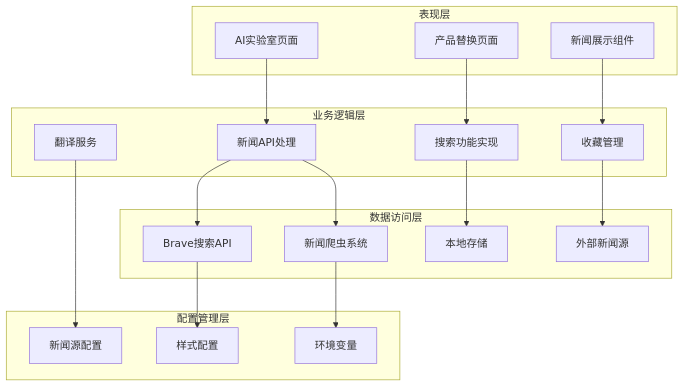
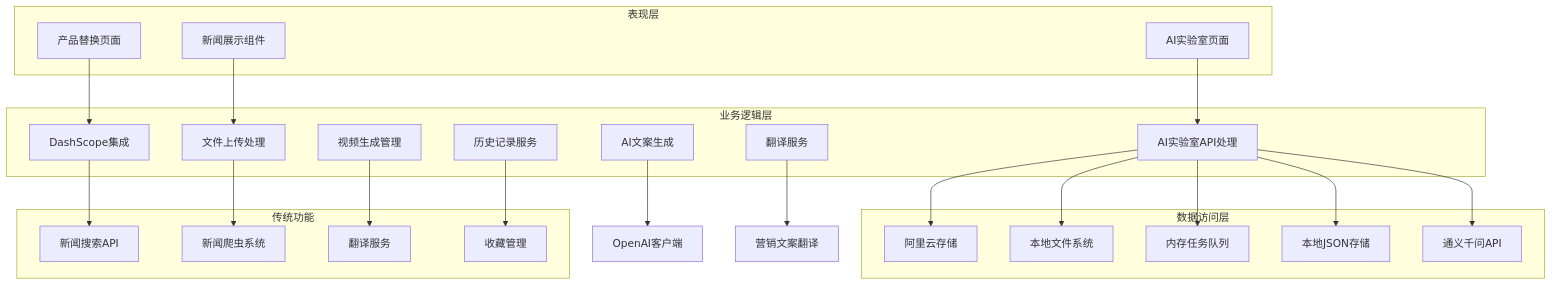
The fourth of 12 diagrams in .qoder/repowiki/zh/content/核心功能模块/AI实验室模块.md (zuozuoliu740-cmd/xianxiong-news), drawn with Mermaid before and after one commit. The commit also changed other lines of this file and 6 other files, not shown here.

````diff
--- a/.qoder/repowiki/zh/content/核心功能模块/AI实验室模块.md
+++ b/.qoder/repowiki/zh/content/核心功能模块/AI实验室模块.md
@@ -161,35 +204,44 @@
 ```mermaid
 graph TB
 subgraph "表现层"
 A[AI实验室页面]
 B[产品替换页面]
 C[新闻展示组件]
 end
 subgraph "业务逻辑层"
-D[新闻API处理]
-E[搜索功能实现]
-F[收藏管理]
-G[翻译服务]
+D[AI实验室API处理]
+E[DashScope集成]
+F[文件上传处理]
+G[视频生成管理]
+H[历史记录服务]
+I[AI文案生成]
+J[翻译服务]
 end
 subgraph "数据访问层"
-H[Brave搜索API]
-I[新闻爬虫系统]
-J[本地存储]
-K[外部新闻源]
+K[阿里云存储]
+L[本地文件系统]
+M[内存任务队列]
+N[本地JSON存储]
+O[通义千问API]
 end
-subgraph "配置管理层"
-L[新闻源配置]
-M[样式配置]
-N[环境变量]
+subgraph "传统功能"
+P[新闻搜索API]
+Q[新闻爬虫系统]
+R[翻译服务]
+S[收藏管理]
 end
 A --> D
 B --> E
 C --> F
-D --> H
-D --> I
-E --> J
-F --> K
-G --> L
-H --> M
-I --> N
+D --> K
+D --> L
+D --> M
+D --> N
+D --> O
+E --> P
+F --> Q
+G --> R
+H --> S
+I --> T[OpenAI客户端]
+J --> U[营销文案翻译]
 ```
````
